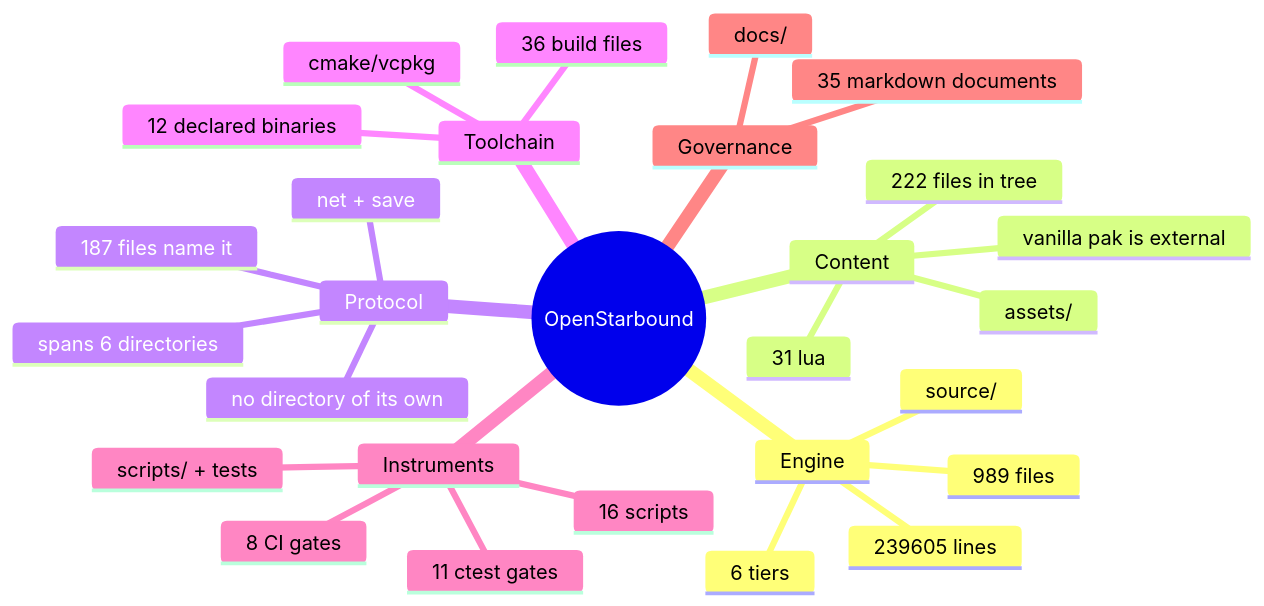
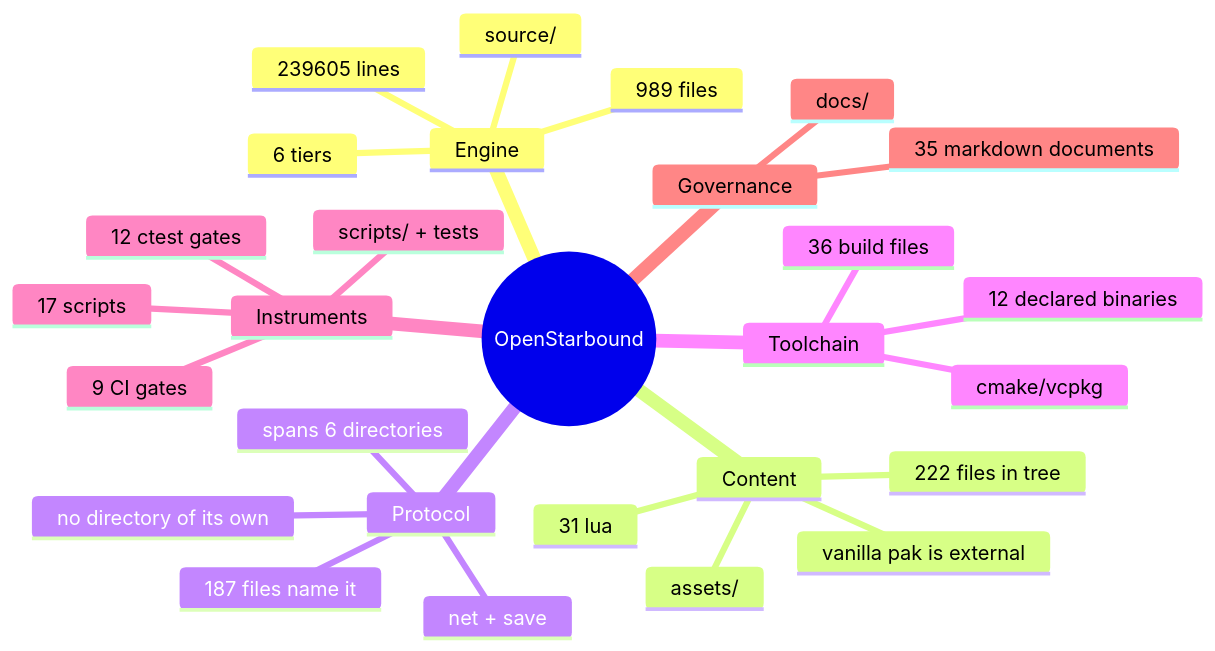
One commit to apnex/OpenStarbound changed the second of 11 diagrams in docs/architecture/system-boundaries.md. Above: the diagram before and after it, drawn with Mermaid. The commit also changed 4 other files, not shown here.

````diff
--- a/docs/architecture/system-boundaries.md
+++ b/docs/architecture/system-boundaries.md
@@ -166,31 +166,31 @@
 ```mermaid
 mindmap
   root((OpenStarbound))
     Engine
       source/
       989 files
       239605 lines
       6 tiers
     Content
       assets/
       222 files in tree
       31 lua
       vanilla pak is external
     Protocol
       net + save
       187 files name it
       spans 6 directories
       no directory of its own
     Toolchain
       cmake/vcpkg
       36 build files
       12 declared binaries
     Instruments
       scripts/ + tests
-      16 scripts
-      11 ctest gates
-      8 CI gates
+      17 scripts
+      12 ctest gates
+      9 CI gates
     Governance
       docs/
       35 markdown documents
 ```
````
